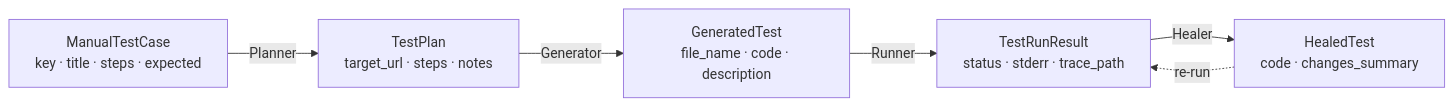
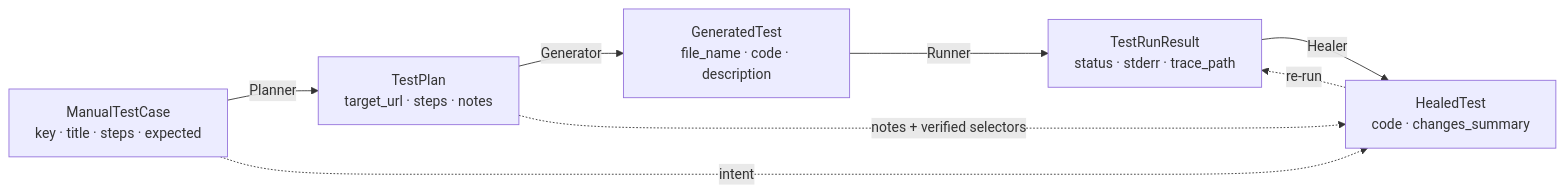
The second of 2 diagrams in docs/ARCHITECTURE.md (jpucic00/agentic-test-automation), drawn with Mermaid before and after one commit. The commit also changed other lines of this file and 14 other files, not shown here.

````diff
--- a/docs/ARCHITECTURE.md
+++ b/docs/ARCHITECTURE.md
@@ -78,8 +78,10 @@
 ```mermaid
 flowchart LR
     MTC["ManualTestCase<br/>key · title · steps · expected"] -->|Planner| TP["TestPlan<br/>target_url · steps · notes"]
     TP -->|Generator| GT["GeneratedTest<br/>file_name · code · description"]
     GT -->|Runner| TRR["TestRunResult<br/>status · stderr · trace_path"]
     TRR -->|Healer| HT["HealedTest<br/>code · changes_summary"]
     HT -.re-run.-> TRR
+    MTC -.intent.-> HT
+    TP -.notes + verified selectors.-> HT
 ```
````
